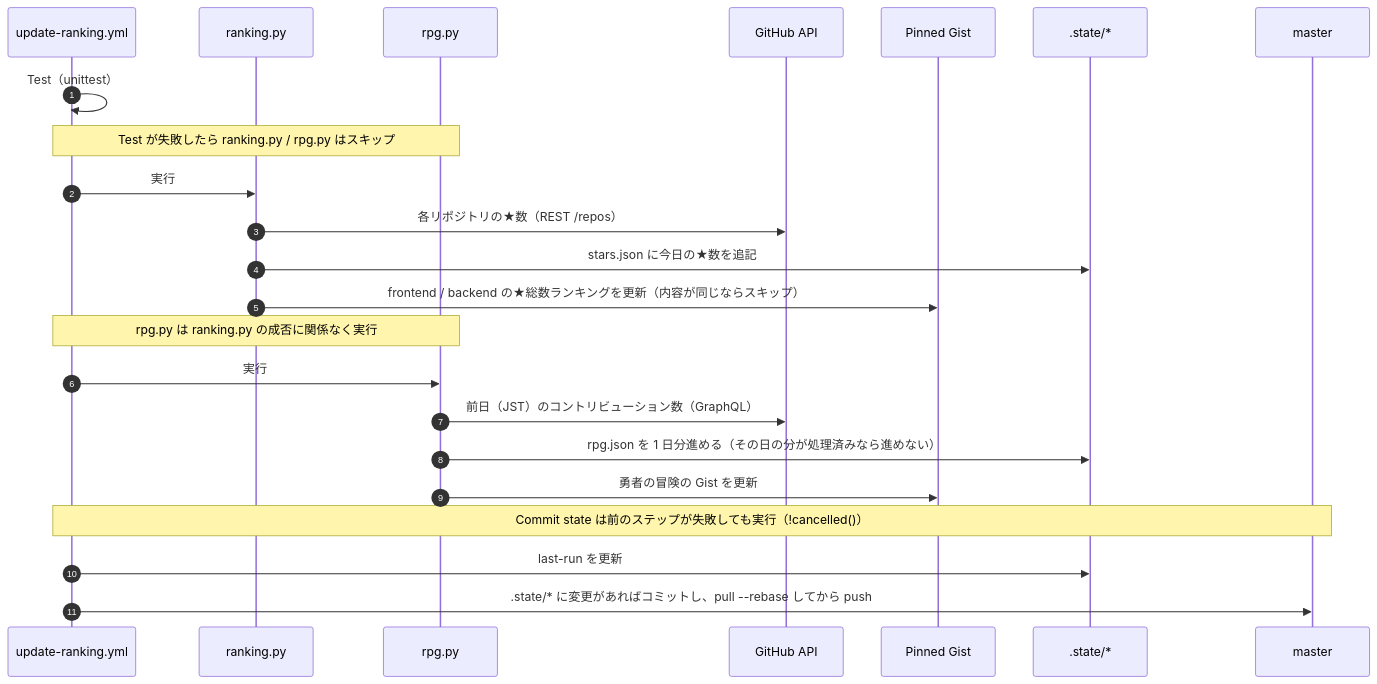
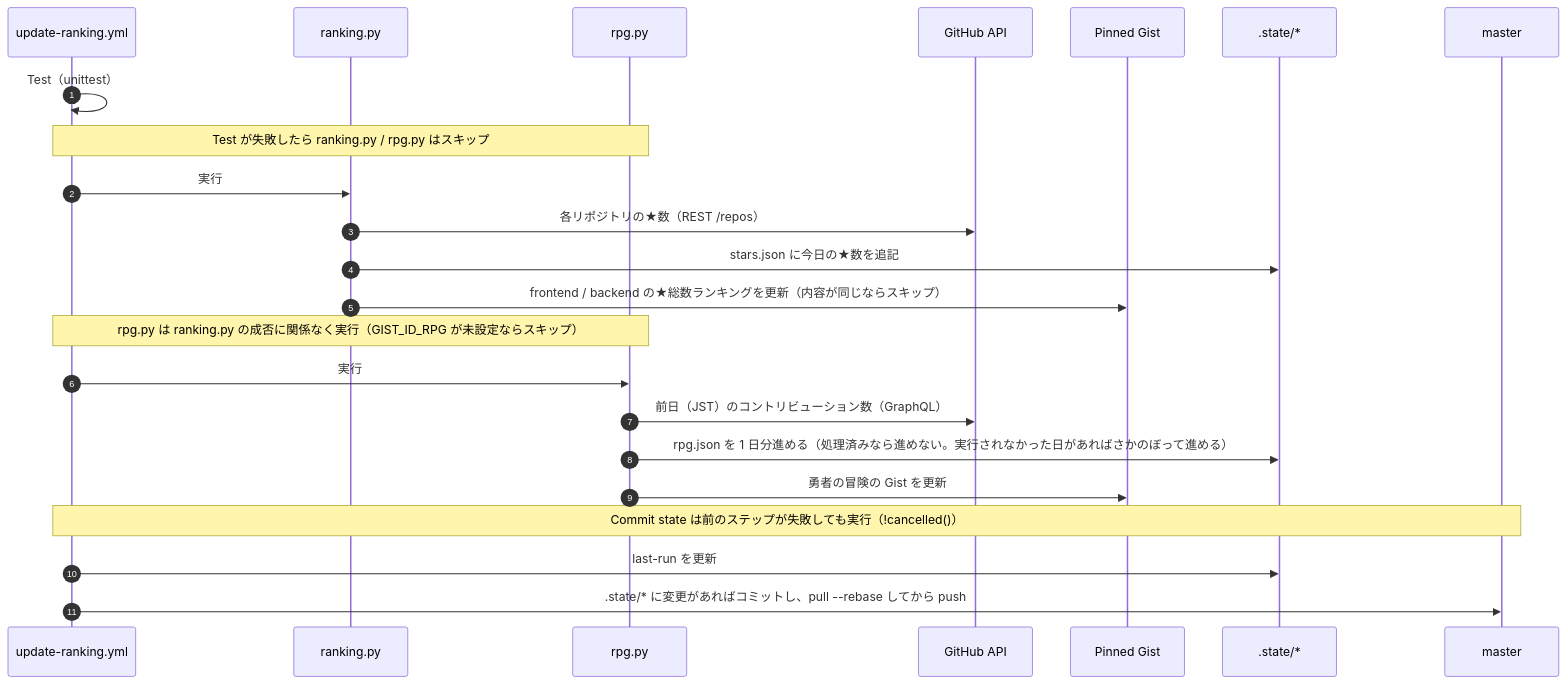
One commit to ot-nemoto/pinned-gist-maker changed the second of 3 diagrams in docs/DATA_FLOW.md. Above: the diagram before and after it, drawn with Mermaid. The commit also changed 6 other files, not shown here.

````diff
--- a/docs/DATA_FLOW.md
+++ b/docs/DATA_FLOW.md
@@ -102,26 +102,26 @@
 ```mermaid
 sequenceDiagram
     autonumber
     participant WF as update-ranking.yml
     participant R as ranking.py
     participant RP as rpg.py
     participant GH as GitHub API
     participant G as Pinned Gist
     participant S as .state/*
     participant M as master
 
     WF->>WF: Test（unittest）
     Note over WF,RP: Test が失敗したら ranking.py / rpg.py はスキップ
     WF->>R: 実行
     R->>GH: 各リポジトリの★数（REST /repos）
     R->>S: stars.json に今日の★数を追記
     R->>G: frontend / backend の★総数ランキングを更新（内容が同じならスキップ）
-    Note over WF,RP: rpg.py は ranking.py の成否に関係なく実行
+    Note over WF,RP: rpg.py は ranking.py の成否に関係なく実行（GIST_ID_RPG が未設定ならスキップ）
     WF->>RP: 実行
     RP->>GH: 前日（JST）のコントリビューション数（GraphQL）
-    RP->>S: rpg.json を 1 日分進める（その日の分が処理済みなら進めない）
+    RP->>S: rpg.json を 1 日分進める（処理済みなら進めない。実行されなかった日があればさかのぼって進める）
     RP->>G: 勇者の冒険の Gist を更新
     Note over WF,M: Commit state は前のステップが失敗しても実行（!cancelled()）
     WF->>S: last-run を更新
     WF->>M: .state/* に変更があればコミットし、pull --rebase してから push
 ```
````
